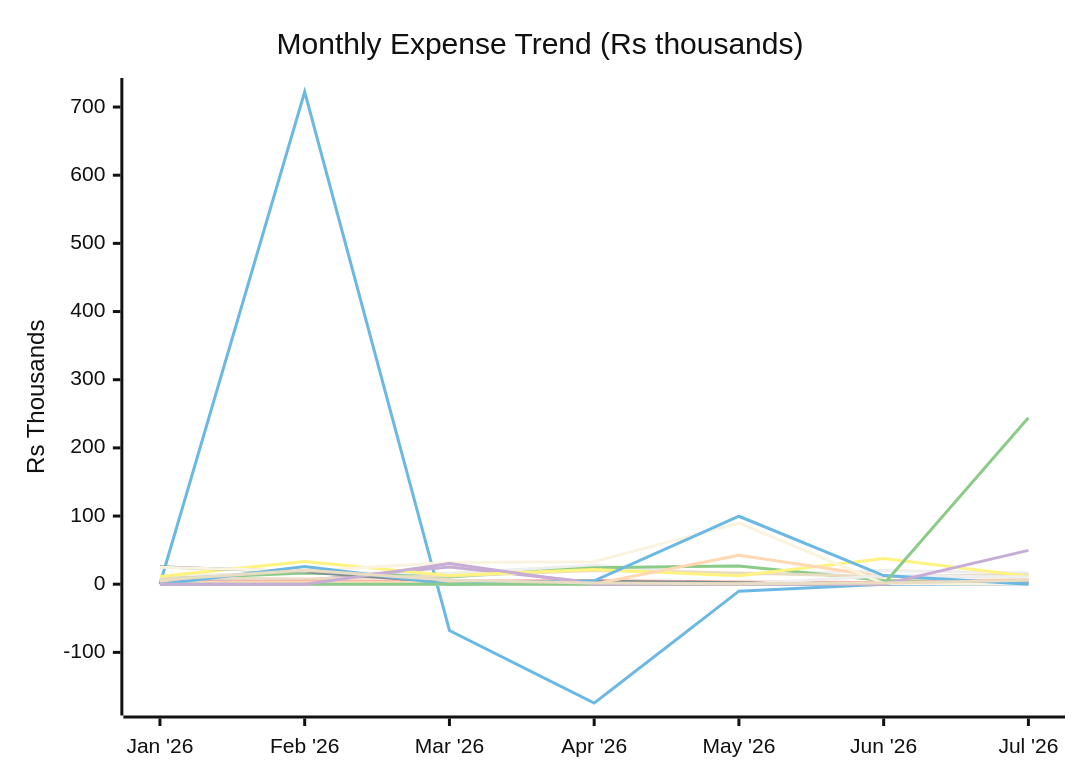
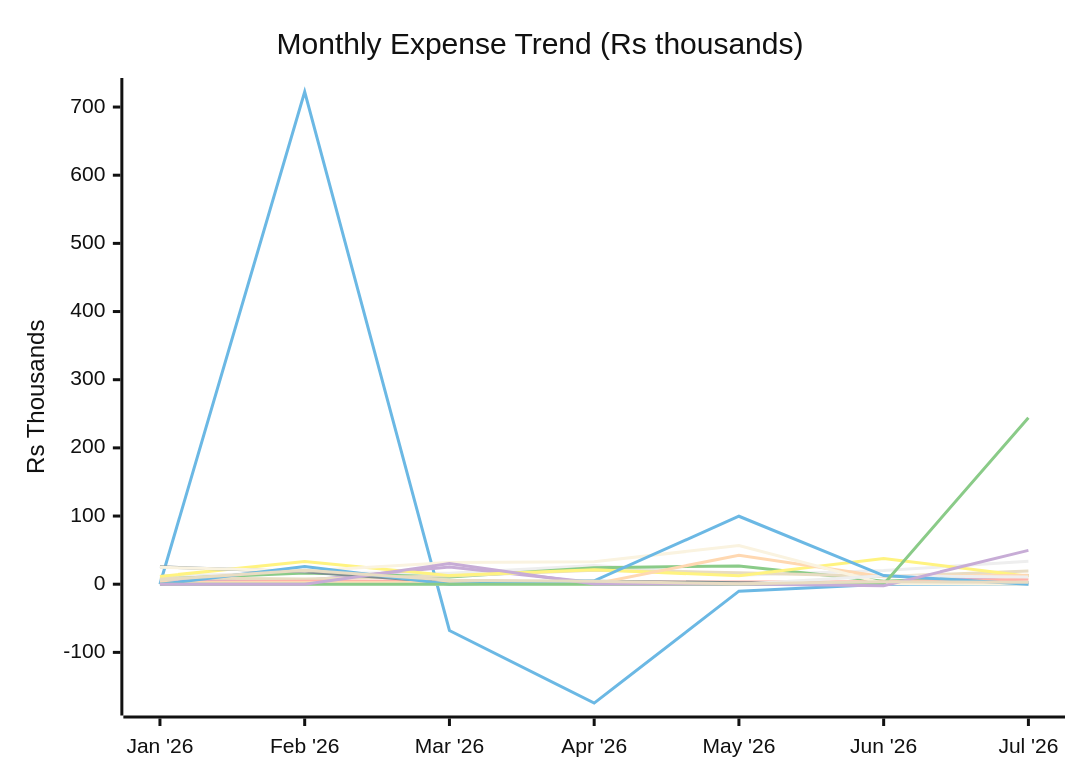
Before and after one commit to sachin-hg/expense-reporter: the first of 2 diagrams in reports/2026-07.md, drawn with Mermaid (neutral theme). The commit also changed other lines of this file and 8 other files, not shown here.

````diff
--- a/reports/2026-07.md
+++ b/reports/2026-07.md
@@ -28,21 +28,21 @@
 ```mermaid
 xychart-beta
     title "Monthly Expense Trend (Rs thousands)"
     x-axis ["Jan '26", "Feb '26", "Mar '26", "Apr '26", "May '26", "Jun '26", "Jul '26"]
     y-axis "Rs Thousands" -175 --> 725
-    line "Travel" [12.2, 16.5, 15.9, 27.9, 13.7, 20.0, 16.6]
+    line "Travel" [12.2, 16.5, 15.9, 27.3, 13.3, 20.0, 33.6]
     line "Trip" [0.0, 722.3, -67.9, -174.4, -10.2, 0.0, 0.0]
-    line "Shopping" [7.8, 16.4, 10.6, 24.2, 26.8, 5.3, 2.7]
-    line "Baby" [7.7, 5.6, 25.3, 2.4, 1.0, 0.8, 4.4]
-    line "Outside Food" [9.5, 7.6, 12.1, 20.2, 16.4, 11.2, 14.0]
-    line "Grocery" [2.5, 4.5, 4.7, 5.3, 3.2, 2.5, 6.4]
-    line "Utilities & Bills" [11.5, 33.2, 12.6, 21.7, 12.3, 37.7, 11.7]
-    line "Health, Fitness & Self Care" [25.5, 18.3, 2.5, 4.4, 2.3, 0.6, 1.9]
-    line "Upskill / AI" [2.6, 2.5, 2.6, 0.4, 42.6, 11.0, 10.6]
-    line "Rohan" [24.8, 19.3, 32.0, 33.1, 89.6, 1.1, 0.0]
+    line "Shopping" [7.8, 16.4, 10.6, 24.2, 26.8, 4.3, 12.7]
+    line "Baby" [7.7, 5.6, 25.3, 2.4, 1.0, 0.8, 12.8]
+    line "Outside Food" [9.5, 7.6, 12.1, 20.3, 16.9, 11.2, 19.4]
+    line "Grocery" [2.5, 4.5, 4.7, 3.4, 3.2, 3.5, 7.4]
+    line "Utilities & Bills" [11.5, 33.2, 12.6, 21.3, 12.3, 37.7, 11.7]
+    line "Health, Fitness & Self Care" [25.5, 18.3, 2.5, 4.4, 2.3, 0.6, 2.5]
+    line "Upskill / AI" [2.6, 2.5, 2.6, 0.4, 42.6, 11.0, 13.3]
+    line "Rohan" [24.8, 19.3, 32.0, 33.1, 56.6, 1.1, -0.0]
     line "Papa" [0.0, 0.0, 0.0, 0.0, 0.0, 12.5, 10.6]
     line "One-Time Expense" [0.0, 25.8, 0.0, 5.0, 99.7, 12.7, 0.0]
     line "Investments" [0.0, 0.0, 0.0, 0.0, 0.0, 0.0, 244.2]
-    line "Tax" [0.0, 0.0, 30.3, 0.0, 0.0, 0.0, 49.6]
-    line "Others" [6.3, 20.3, 5.9, 1.8, 0.7, 1.6, 5.8]
+    line "Tax" [0.0, 0.0, 30.3, 0.3, 0.2, -2.1, 49.6]
+    line "Others" [6.3, 20.3, 5.9, 4.3, 0.5, 3.7, 2.9]
 ```
````
